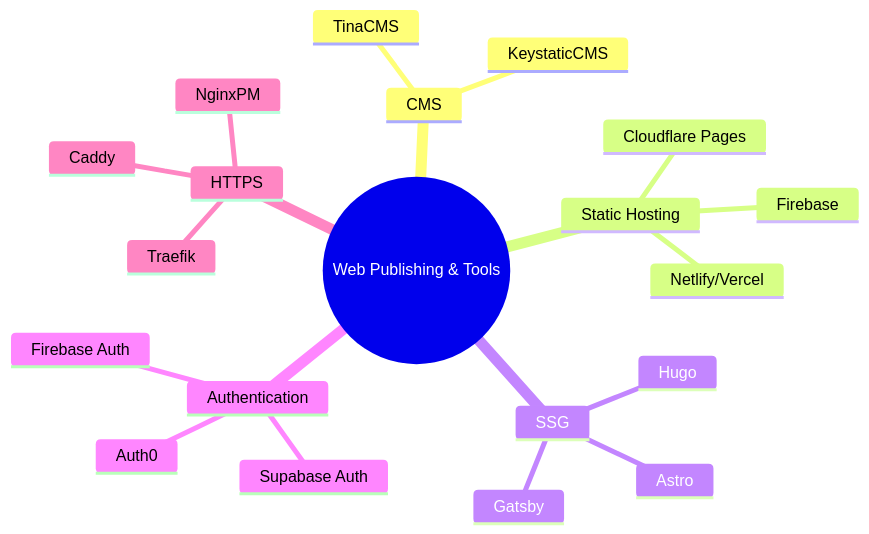
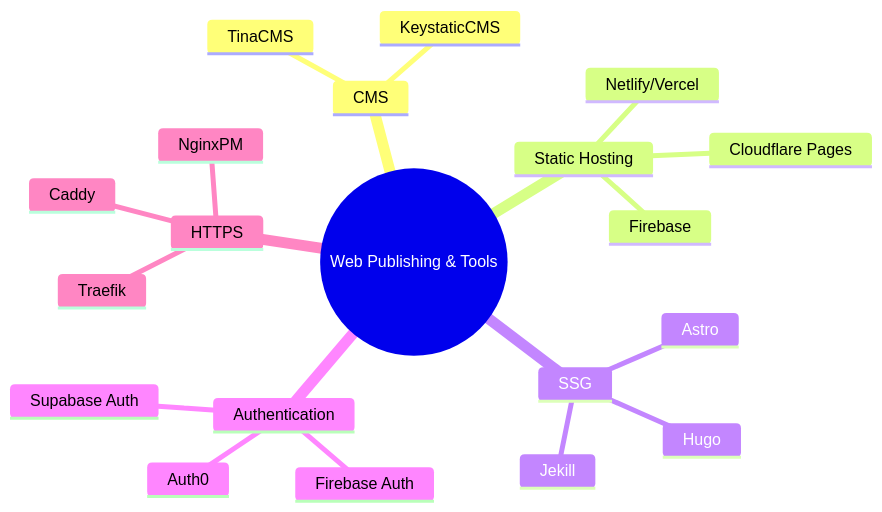
The diagram in content/blog/entrep_prod_tools.md (JAlcocerT/JAlcocerT), drawn with Mermaid before and after one commit. The commit also changed 15 other files, not shown here.

````diff
--- a/content/blog/entrep_prod_tools.md
+++ b/content/blog/entrep_prod_tools.md
@@ -82,23 +82,23 @@
 ```mermaid
 mindmap
   root((Web Publishing & Tools))
     CMS
       KeystaticCMS
       TinaCMS
     Static Hosting
       Cloudflare Pages
       Netlify/Vercel
       Firebase
     SSG
       Hugo
       Astro
-      Gatsby
+      Jekill
     Authentication
       Firebase Auth
       Auth0
       Supabase Auth
     HTTPS
       Traefik
       NginxPM
       Caddy
 ```
````
